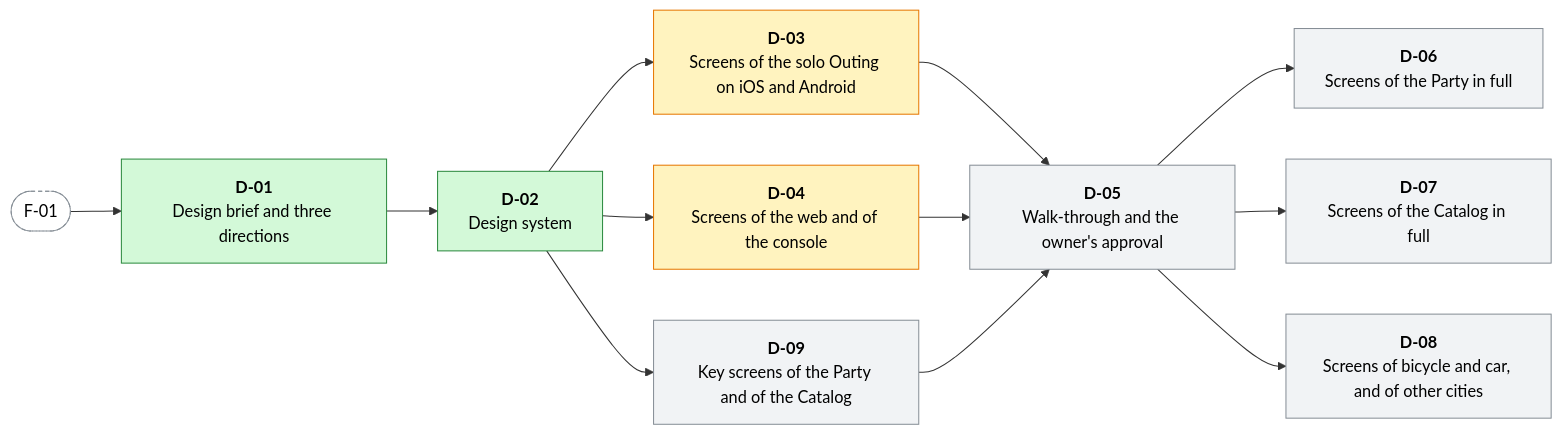
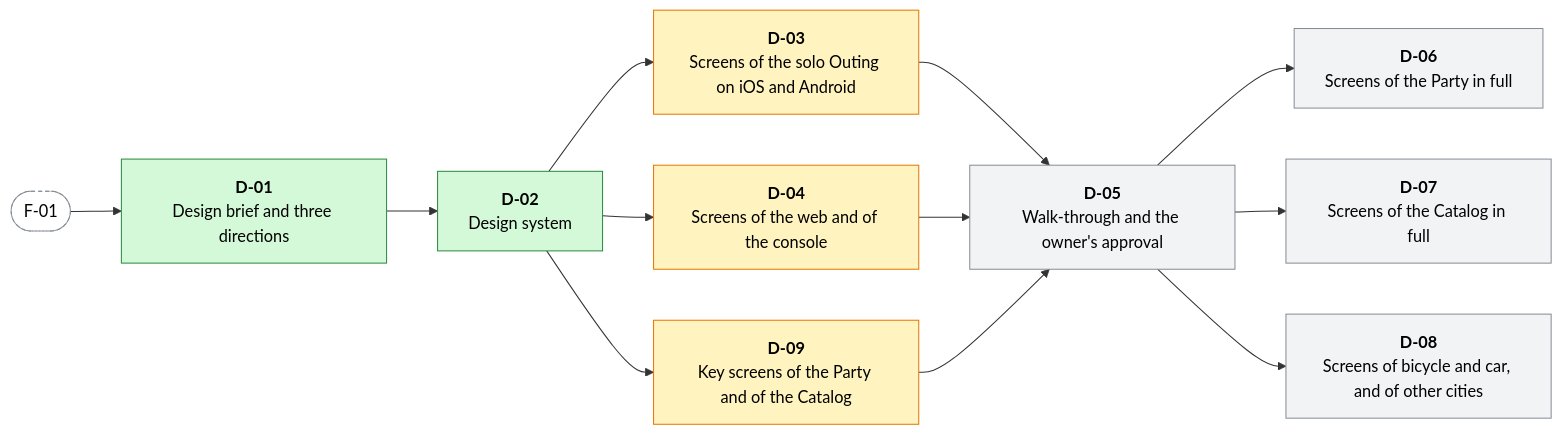
Before and after one commit to menisika/Smart-Tour-Guide-and-Itinerary-Planner: the second of 17 diagrams in docs/WORK-PLAN.md, drawn with Mermaid. The commit also changed other lines of this file, not shown here.

First line of the commit message:
docs(docs): start the key screens of the Party and of the Catalog

````diff
--- a/docs/WORK-PLAN.md
+++ b/docs/WORK-PLAN.md
@@ -272,29 +272,29 @@
 ```mermaid
 flowchart LR
   classDef done fill:#d3f9d8,stroke:#2b8a3e,color:#000
   classDef progress fill:#fff3bf,stroke:#e67700,color:#000
   classDef blocked fill:#ffe3e3,stroke:#c92a2a,color:#000
   classDef todo fill:#f1f3f5,stroke:#868e96,color:#000
   classDef outside fill:#ffffff,stroke:#868e96,stroke-dasharray:4 3,color:#000
   D_01["<b>D-01</b><br/>Design brief and three directions"]:::done
   D_02["<b>D-02</b><br/>Design system"]:::done
   D_03["<b>D-03</b><br/>Screens of the solo Outing on iOS and Android"]:::progress
   D_04["<b>D-04</b><br/>Screens of the web and of the console"]:::progress
-  D_09["<b>D-09</b><br/>Key screens of the Party and of the Catalog"]:::todo
+  D_09["<b>D-09</b><br/>Key screens of the Party and of the Catalog"]:::progress
   D_05["<b>D-05</b><br/>Walk-through and the owner's approval"]:::todo
   D_06["<b>D-06</b><br/>Screens of the Party in full"]:::todo
   D_07["<b>D-07</b><br/>Screens of the Catalog in full"]:::todo
   D_08["<b>D-08</b><br/>Screens of bicycle and car, and of other cities"]:::todo
   F_01(["F-01"]):::outside
   F_01 --> D_01
   D_01 --> D_02
   D_02 --> D_03
   D_02 --> D_04
   D_02 --> D_09
   D_03 --> D_05
   D_04 --> D_05
   D_09 --> D_05
   D_05 --> D_06
   D_05 --> D_07
   D_05 --> D_08
 ```
````
